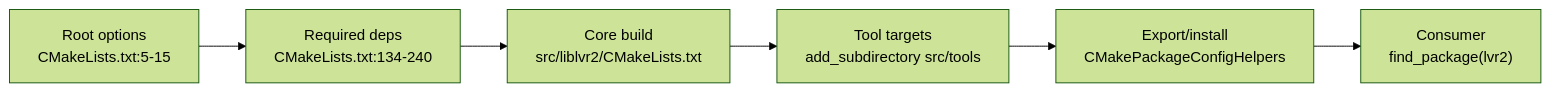
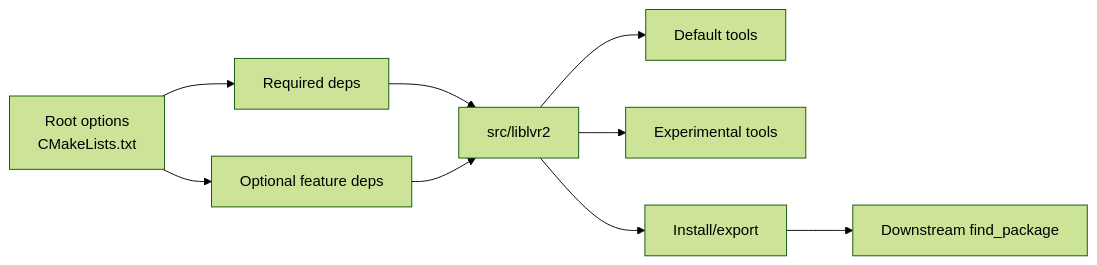
Before and after one commit to LVR-3/lvr3: the third of 3 diagrams in docs/architecture.md, drawn with Mermaid (forest theme). The commit also changed other lines of this file and 4 other files, not shown here.

````diff
--- a/docs/architecture.md
+++ b/docs/architecture.md
@@ -83,8 +91,11 @@
 ```mermaid
 flowchart LR
-    A["Root options<br/>CMakeLists.txt:5-15"] --> B["Required deps<br/>CMakeLists.txt:134-240"]
-    B --> C["Core build<br/>src/liblvr2/CMakeLists.txt"]
-    C --> D["Tool targets<br/>add_subdirectory src/tools"]
-    D --> E["Export/install<br/>CMakePackageConfigHelpers"]
-    E --> F["Consumer<br/>find_package(lvr2)"]
+    A["Root options<br/>CMakeLists.txt"] --> B["Required deps"]
+    A --> C["Optional feature deps"]
+    B --> D["src/liblvr2"]
+    C --> D
+    D --> E["Default tools"]
+    D --> F["Experimental tools"]
+    D --> G["Install/export"]
+    G --> H["Downstream find_package"]
 ```
````
